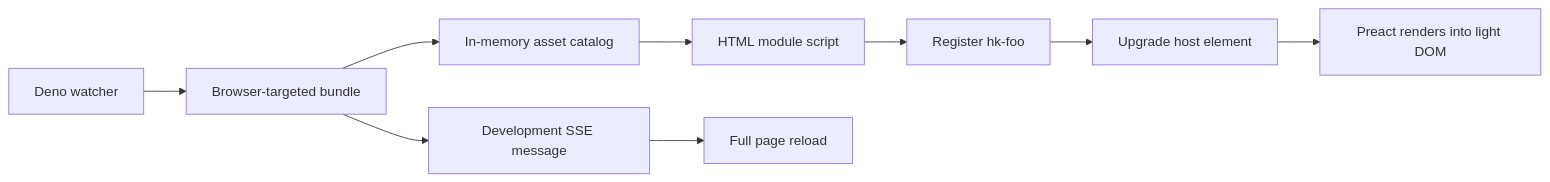
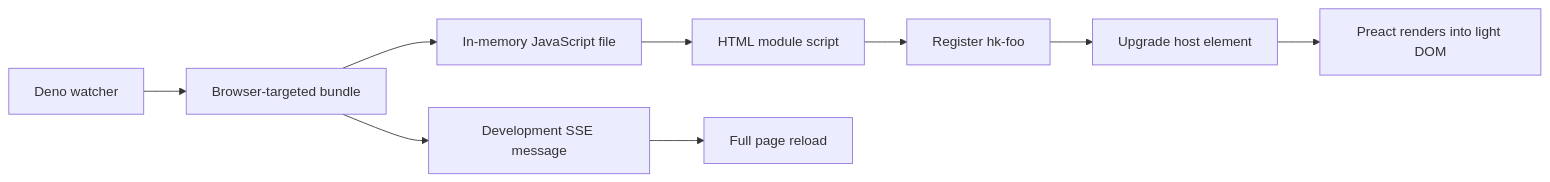
One commit to hnordt/hyperkernel changed the diagram in docs/design/0011-web-components-integration-with-preact.md. Above: the diagram before and after it, drawn with Mermaid. The commit also changed other lines of this file, not shown here.

````diff
--- a/docs/design/0011-web-components-integration-with-preact.md
+++ b/docs/design/0011-web-components-integration-with-preact.md
@@ -196,11 +196,11 @@
 ```mermaid
 flowchart LR
   W["Deno watcher"] --> B["Browser-targeted bundle"]
-  B --> F["In-memory asset catalog"]
+  B --> F["In-memory JavaScript file"]
   F --> H["HTML module script"]
   H --> R["Register hk-foo"]
   R --> U["Upgrade host element"]
   U --> P["Preact renders into light DOM"]
   B --> S["Development SSE message"]
   S --> L["Full page reload"]
 ```
````
